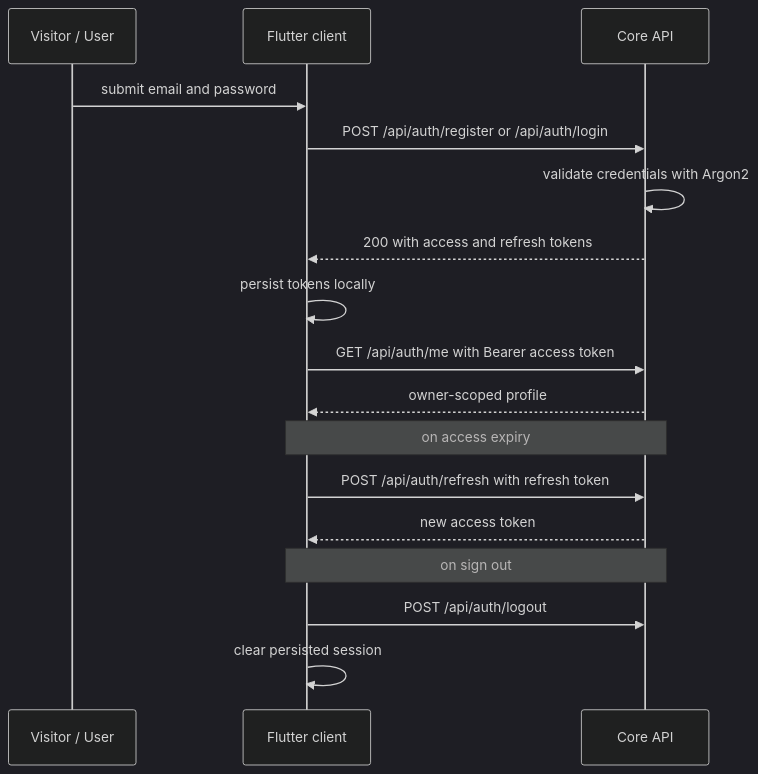
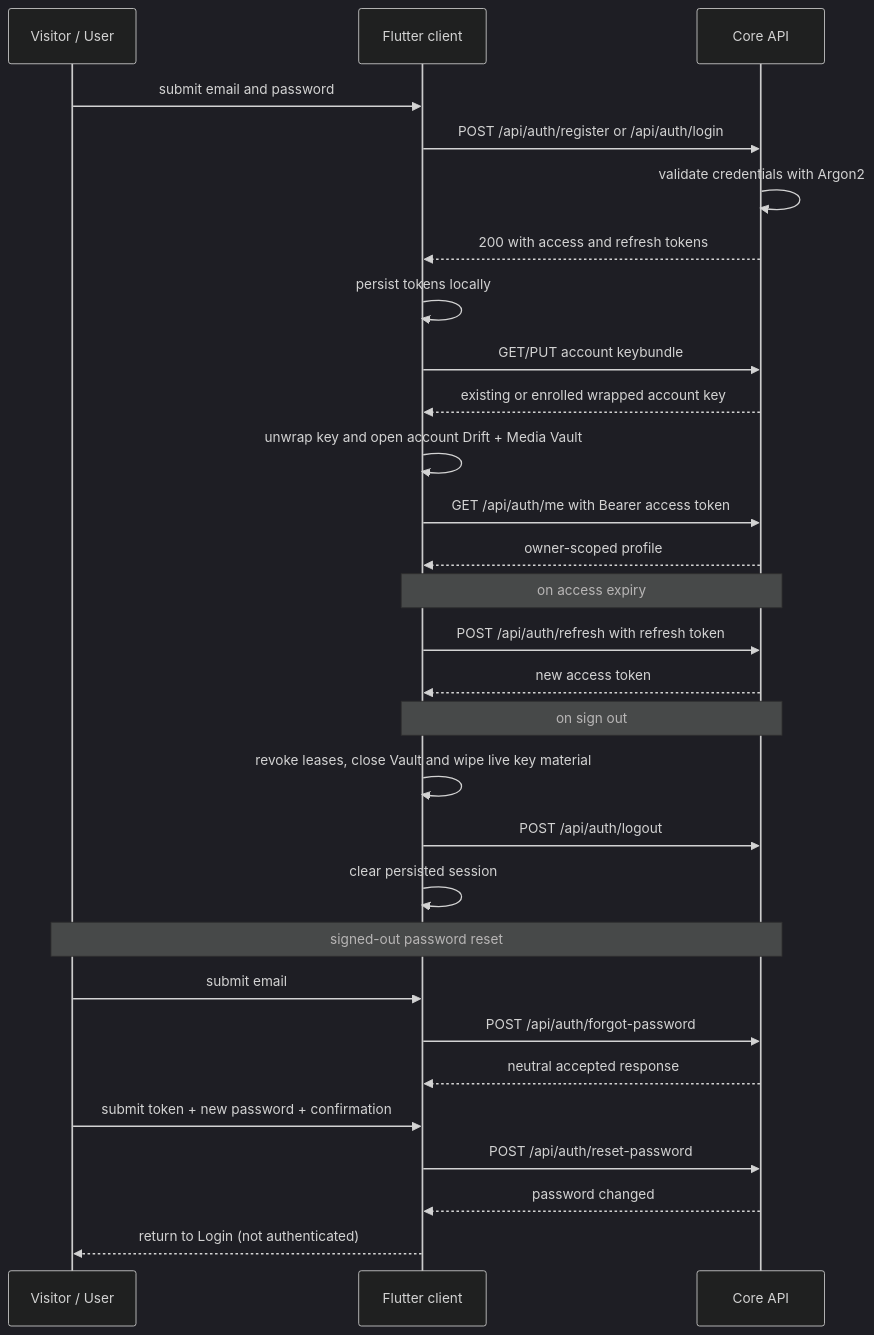
One commit to matome-org/matome-app changed the diagram in .docs/use-cases/uc-01-manage-session.md. Above: the diagram before and after it, drawn with Mermaid (dark theme). The commit also changed other lines of this file and 17 other files, not shown here.

````diff
--- a/.docs/use-cases/uc-01-manage-session.md
+++ b/.docs/use-cases/uc-01-manage-session.md
@@ -48,19 +93,32 @@
 ```mermaid
 sequenceDiagram
   participant V as Visitor / User
   participant C as Flutter client
   participant API as Core API
   V->>C: submit email and password
   C->>API: POST /api/auth/register or /api/auth/login
   API->>API: validate credentials with Argon2
   API-->>C: 200 with access and refresh tokens
   C->>C: persist tokens locally
+  C->>API: GET/PUT account keybundle
+  API-->>C: existing or enrolled wrapped account key
+  C->>C: unwrap key and open account Drift + Media Vault
   C->>API: GET /api/auth/me with Bearer access token
   API-->>C: owner-scoped profile
   Note over C,API: on access expiry
   C->>API: POST /api/auth/refresh with refresh token
   API-->>C: new access token
   Note over C,API: on sign out
+  C->>C: revoke leases, close Vault and wipe live key material
   C->>API: POST /api/auth/logout
   C->>C: clear persisted session
+
+  Note over V,API: signed-out password reset
+  V->>C: submit email
+  C->>API: POST /api/auth/forgot-password
+  API-->>C: neutral accepted response
+  V->>C: submit token + new password + confirmation
+  C->>API: POST /api/auth/reset-password
+  API-->>C: password changed
+  C-->>V: return to Login (not authenticated)
 ```
````
